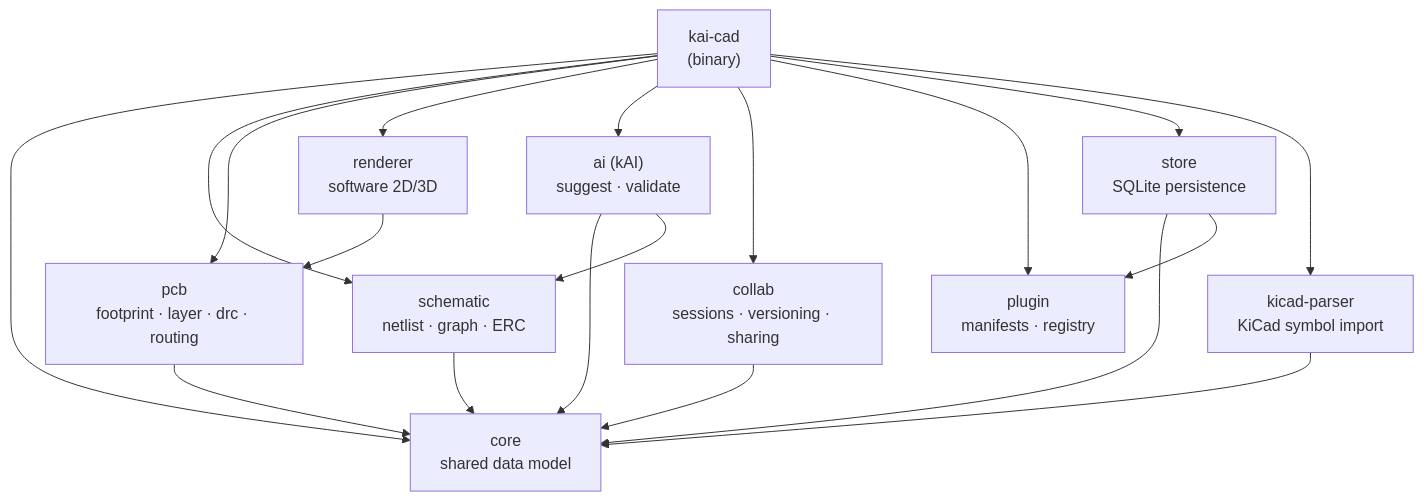
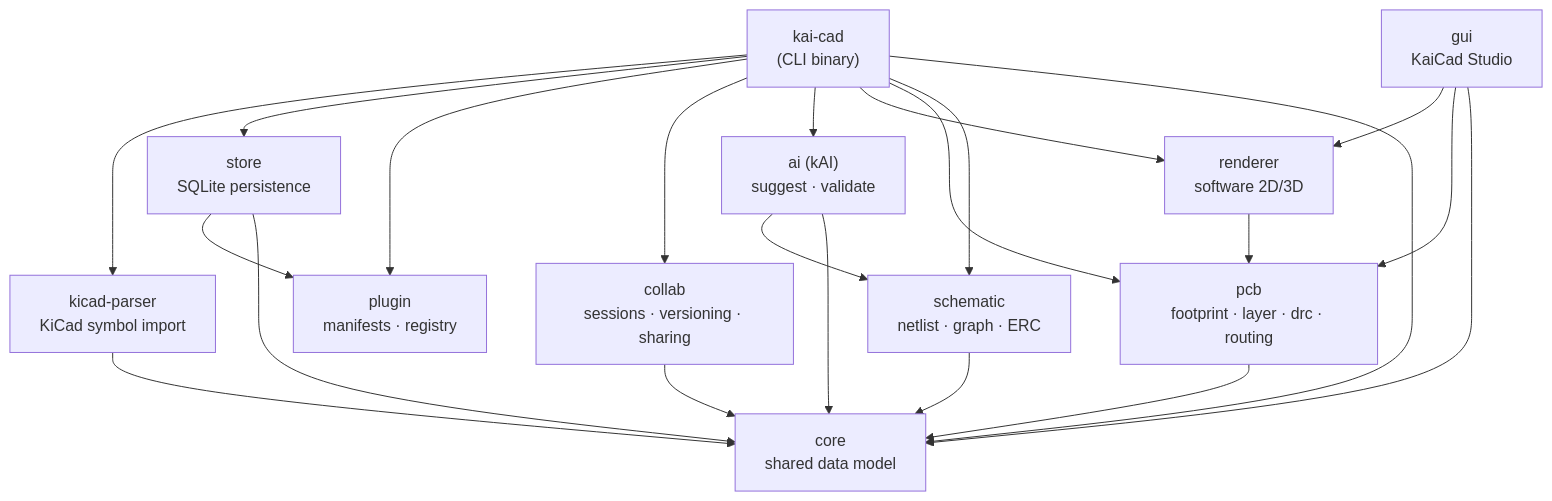
The first of 3 diagrams in docs/ARCHITECTURE.md (sneakylizard123-4/KaiCad), drawn with Mermaid before and after one commit. The commit also changed other lines of this file and 16 other files, not shown here.

````diff
--- a/docs/ARCHITECTURE.md
+++ b/docs/ARCHITECTURE.md
@@ -28,33 +30,38 @@
 ```mermaid
 graph TD
-    app["kai-cad<br/>(binary)"]
+    app["kai-cad<br/>(CLI binary)"]
+    gui["gui<br/>KaiCad Studio"]
     core["core<br/>shared data model"]
     schematic["schematic<br/>netlist · graph · ERC"]
     pcb["pcb<br/>footprint · layer · drc · routing"]
     renderer["renderer<br/>software 2D/3D"]
     ai["ai (kAI)<br/>suggest · validate"]
     collab["collab<br/>sessions · versioning · sharing"]
     plugin["plugin<br/>manifests · registry"]
     store["store<br/>SQLite persistence"]
     kicad_parser["kicad-parser<br/>KiCad symbol import"]
 
     app --> core
     app --> schematic
     app --> pcb
     app --> renderer
     app --> ai
     app --> collab
     app --> plugin
     app --> store
     app --> kicad_parser
 
+    gui --> core
+    gui --> pcb
+    gui --> renderer
+
     kicad_parser --> core
     schematic --> core
     pcb --> core
     renderer --> pcb
     ai --> core
     ai --> schematic
     collab --> core
     store --> core
     store --> plugin
 ```
````
